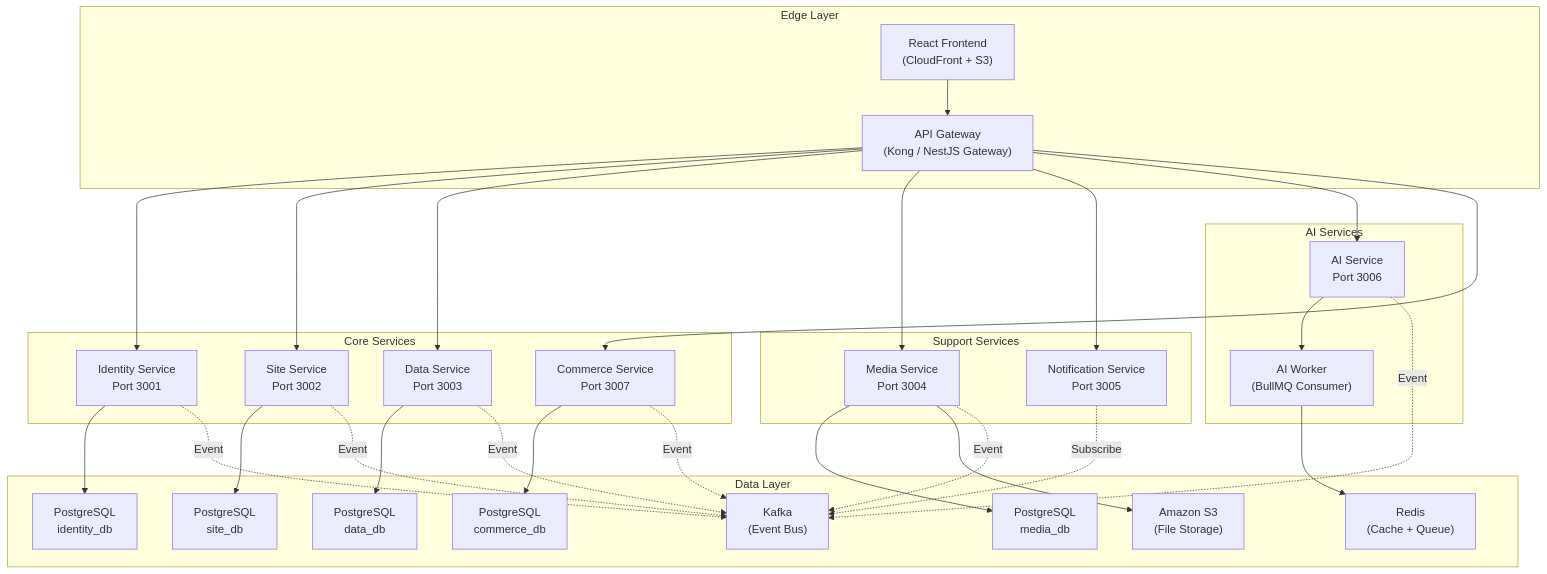
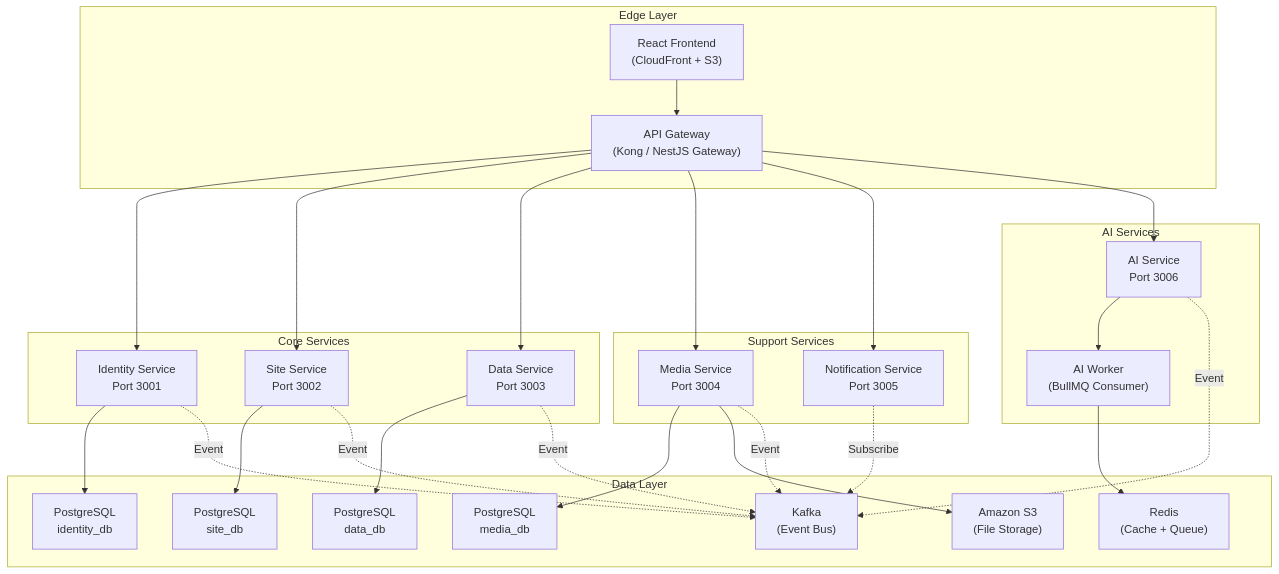
Before and after one commit to KrisCTer/Genzite: the diagram in docs/microservices-architecture.md, drawn with Mermaid. The commit also changed other lines of this file and 168 other files, not shown here.

First line of the commit message:
chore: remove commerce service and setup production CI/CD (#63)

````diff
--- a/docs/microservices-architecture.md
+++ b/docs/microservices-architecture.md
@@ -28,62 +28,57 @@
 ```mermaid
 graph TB
     subgraph "Edge Layer"
         CLIENT["React Frontend<br/>(CloudFront + S3)"]
         GATEWAY["API Gateway<br/>(Kong / NestJS Gateway)"]
     end
 
     subgraph "Core Services"
         IDENTITY["Identity Service<br/>Port 3001"]
         SITE["Site Service<br/>Port 3002"]
         DATA["Data Service<br/>Port 3003"]
-        COMMERCE["Commerce Service<br/>Port 3007"]
     end
 
     subgraph "Support Services"
         MEDIA["Media Service<br/>Port 3004"]
         NOTIFICATION["Notification Service<br/>Port 3005"]
     end
 
     subgraph "AI Services"
         AI["AI Service<br/>Port 3006"]
         AI_WORKER["AI Worker<br/>(BullMQ Consumer)"]
     end
 
     subgraph "Data Layer"
         DB_IDENTITY["PostgreSQL<br/>identity_db"]
         DB_SITE["PostgreSQL<br/>site_db"]
         DB_DATA["PostgreSQL<br/>data_db"]
         DB_MEDIA["PostgreSQL<br/>media_db"]
-        DB_COMMERCE["PostgreSQL<br/>commerce_db"]
         REDIS["Redis<br/>(Cache + Queue)"]
         KAFKA["Kafka<br/>(Event Bus)"]
         S3["Amazon S3<br/>(File Storage)"]
     end
 
     CLIENT --> GATEWAY
     GATEWAY --> IDENTITY
     GATEWAY --> SITE
     GATEWAY --> DATA
     GATEWAY --> MEDIA
     GATEWAY --> NOTIFICATION
     GATEWAY --> AI
-    GATEWAY --> COMMERCE
 
     IDENTITY --> DB_IDENTITY
     SITE --> DB_SITE
     DATA --> DB_DATA
     MEDIA --> DB_MEDIA
     MEDIA --> S3
-    COMMERCE --> DB_COMMERCE
 
     AI --> AI_WORKER
     AI_WORKER --> REDIS
 
     IDENTITY -.->|Event| KAFKA
     SITE -.->|Event| KAFKA
     DATA -.->|Event| KAFKA
     MEDIA -.->|Event| KAFKA
-    COMMERCE -.->|Event| KAFKA
     NOTIFICATION -.->|Subscribe| KAFKA
     AI -.->|Event| KAFKA
 ```
````
